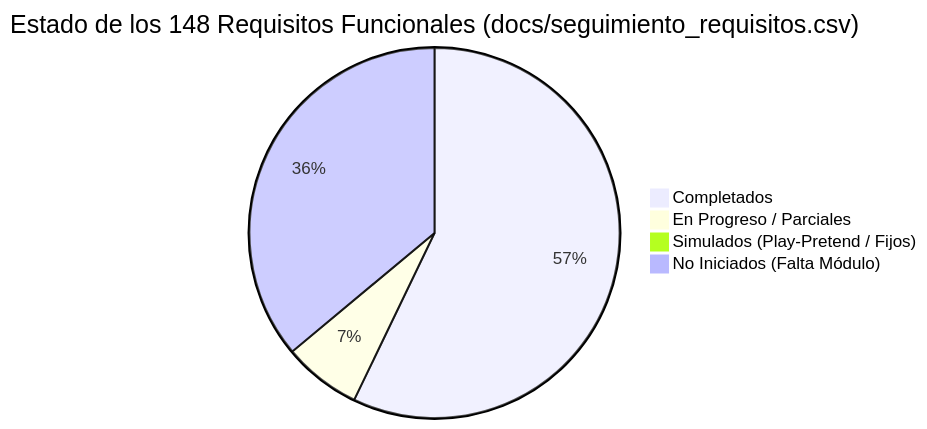
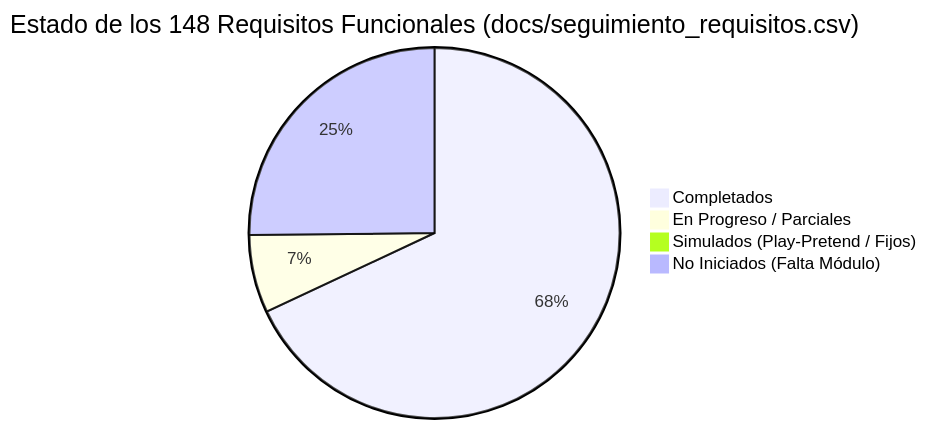
The first of 2 diagrams in ROADMAP.md (MatthewR54/Vivero), drawn with Mermaid before and after one commit. The commit also changed other lines of this file and 11 other files, not shown here.

````diff
--- a/ROADMAP.md
+++ b/ROADMAP.md
@@ -11,7 +11,7 @@
 ```mermaid
 pie title Estado de los 148 Requisitos Funcionales (docs/seguimiento_requisitos.csv)
-    "Completados" : 84
+    "Completados" : 100
     "En Progreso / Parciales" : 10
     "Simulados (Play-Pretend / Fijos)" : 1
-    "No Iniciados (Falta Módulo)" : 53
+    "No Iniciados (Falta Módulo)" : 37
 ```
````
